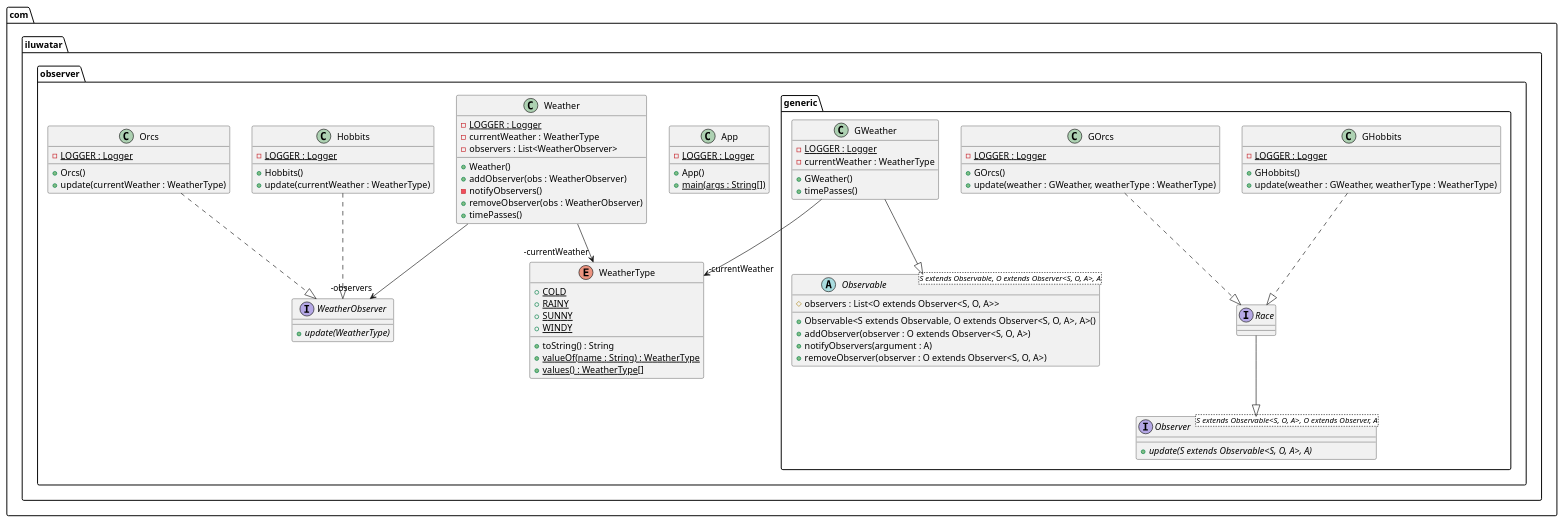
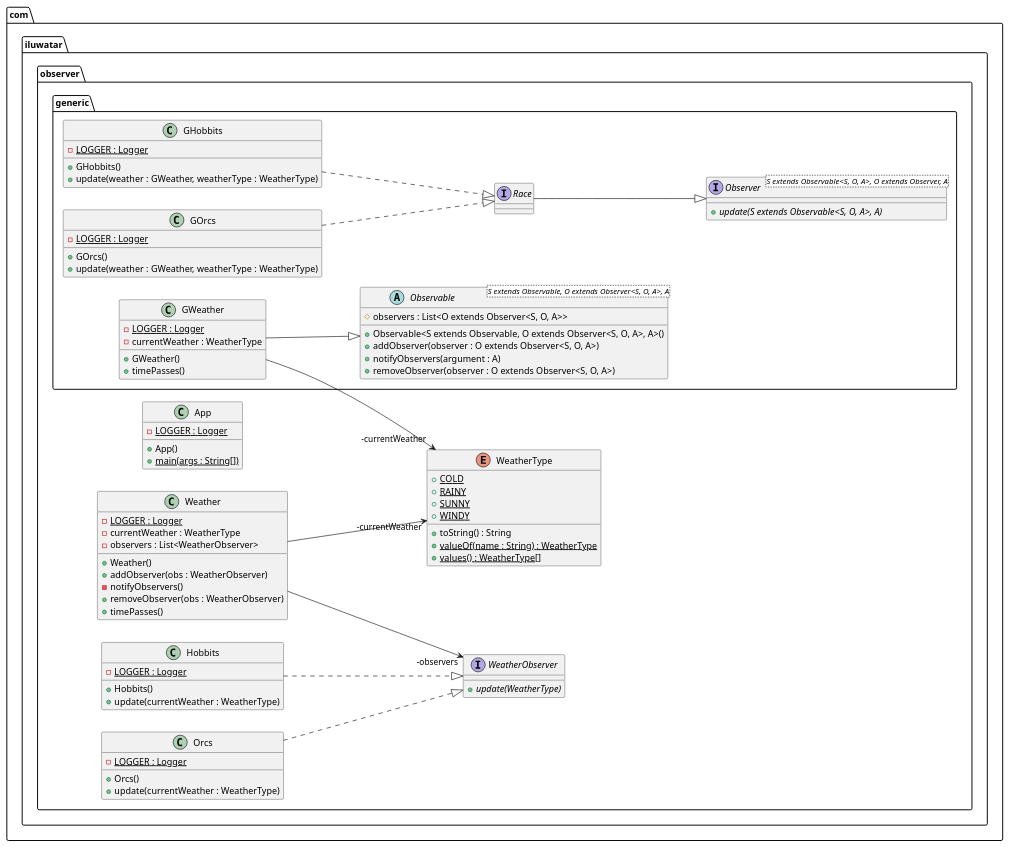
Before and after one commit to NatalieSty/java-design-patterns: the diagram in observer/etc/observer.urm.puml, drawn with PlantUML. The commit also changed 18 other files, not shown here.

Commit message:
Work on #190: urm/puml updates * added pumlid where it was missing and possible * removed pumlid where it generated a bad image * regenerated some incorrect puml's * added 'left to right direction' puml prefix to some diagrams to improve the automatic layouting

```diff
--- a/observer/etc/observer.urm.puml
+++ b/observer/etc/observer.urm.puml
@@ -1,80 +1,81 @@
 @startuml
+left to right direction
 package com.iluwatar.observer {
   class App {
     - LOGGER : Logger {static}
     + App()
     + main(args : String[]) {static}
   }
   class Hobbits {
     - LOGGER : Logger {static}
     + Hobbits()
     + update(currentWeather : WeatherType)
   }
   class Orcs {
     - LOGGER : Logger {static}
     + Orcs()
     + update(currentWeather : WeatherType)
   }
   class Weather {
     - LOGGER : Logger {static}
     - currentWeather : WeatherType
     - observers : List<WeatherObserver>
     + Weather()
     + addObserver(obs : WeatherObserver)
     - notifyObservers()
     + removeObserver(obs : WeatherObserver)
     + timePasses()
   }
   interface WeatherObserver {
     + update(WeatherType) {abstract}
   }
   enum WeatherType {
     + COLD {static}
     + RAINY {static}
     + SUNNY {static}
     + WINDY {static}
     + toString() : String
     + valueOf(name : String) : WeatherType {static}
     + values() : WeatherType[] {static}
   }
 }
 package com.iluwatar.observer.generic {
   class GHobbits {
     - LOGGER : Logger {static}
     + GHobbits()
     + update(weather : GWeather, weatherType : WeatherType)
   }
   class GOrcs {
     - LOGGER : Logger {static}
     + GOrcs()
     + update(weather : GWeather, weatherType : WeatherType)
   }
   class GWeather {
     - LOGGER : Logger {static}
     - currentWeather : WeatherType
     + GWeather()
     + timePasses()
   }
   abstract class Observable<S extends Observable, O extends Observer<S, O, A>, A> {
     # observers : List<O extends Observer<S, O, A>>
     + Observable<S extends Observable, O extends Observer<S, O, A>, A>()
     + addObserver(observer : O extends Observer<S, O, A>)
     + notifyObservers(argument : A)
     + removeObserver(observer : O extends Observer<S, O, A>)
   }
   interface Observer<S extends Observable<S, O, A>, O extends Observer, A> {
     + update(S extends Observable<S, O, A>, A) {abstract}
   }
   interface Race {
   }
 }
 Weather -->  "-currentWeather" WeatherType
 GWeather -->  "-currentWeather" WeatherType
 Weather -->  "-observers" WeatherObserver
-Hobbits ..|> WeatherObserver 
-Orcs ..|> WeatherObserver 
-GHobbits ..|> Race 
-GOrcs ..|> Race 
-GWeather --|> Observable 
-Race --|> Observer 
+Hobbits ..|> WeatherObserver
+Orcs ..|> WeatherObserver
+GHobbits ..|> Race
+GOrcs ..|> Race
+GWeather --|> Observable
+Race --|> Observer
 @enduml
```
